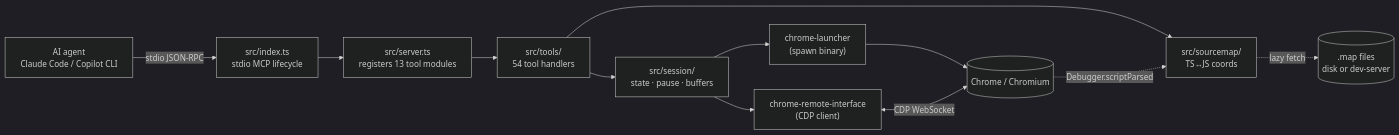
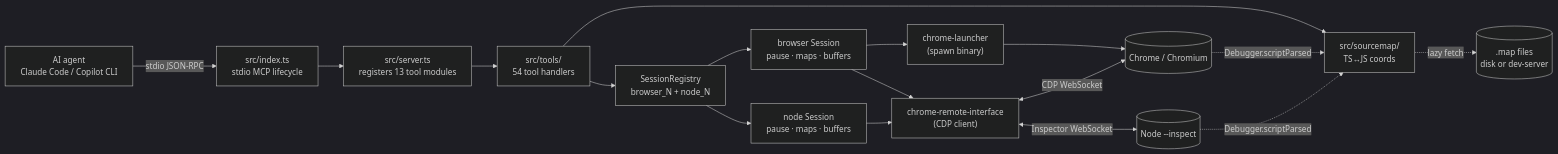
The first of 6 diagrams in docs/ARCHITECTURE.md (lcjanke2020/lynceus), drawn with Mermaid (dark theme) before and after one commit. The commit also changed other lines of this file and 20 other files, not shown here.

````diff
--- a/docs/ARCHITECTURE.md
+++ b/docs/ARCHITECTURE.md
@@ -19,25 +19,33 @@
 ```mermaid
 flowchart LR
     Agent["AI agent<br/>Claude Code / Copilot CLI"]
     Index["src/index.ts<br/>stdio MCP lifecycle"]
     Server["src/server.ts<br/>registers 13 tool modules"]
     Tools["src/tools/<br/>54 tool handlers"]
-    Session["src/session/<br/>state · pause · buffers"]
+    Registry["SessionRegistry<br/>browser_N + node_N"]
+    BrowserState["browser Session<br/>pause · maps · buffers"]
+    NodeState["node Session<br/>pause · maps · buffers"]
     Sourcemap["src/sourcemap/<br/>TS↔JS coords"]
     CRI["chrome-remote-interface<br/>(CDP client)"]
     Launcher["chrome-launcher<br/>(spawn binary)"]
     Chrome[("Chrome / Chromium")]
+    Node[("Node --inspect")]
     Maps[(".map files<br/>disk or dev-server")]
 
     Agent -- "stdio JSON-RPC" --> Index
     Index --> Server
     Server --> Tools
-    Tools --> Session
+    Tools --> Registry
     Tools --> Sourcemap
-    Session --> CRI
-    Session --> Launcher
+    Registry --> BrowserState
+    Registry --> NodeState
+    BrowserState --> CRI
+    NodeState --> CRI
+    BrowserState --> Launcher
     Launcher --> Chrome
     CRI <-- "CDP WebSocket" --> Chrome
+    CRI <-- "Inspector WebSocket" --> Node
     Chrome -. "Debugger.scriptParsed" .-> Sourcemap
+    Node -. "Debugger.scriptParsed" .-> Sourcemap
     Sourcemap -. "lazy fetch" .-> Maps
 ```
````
